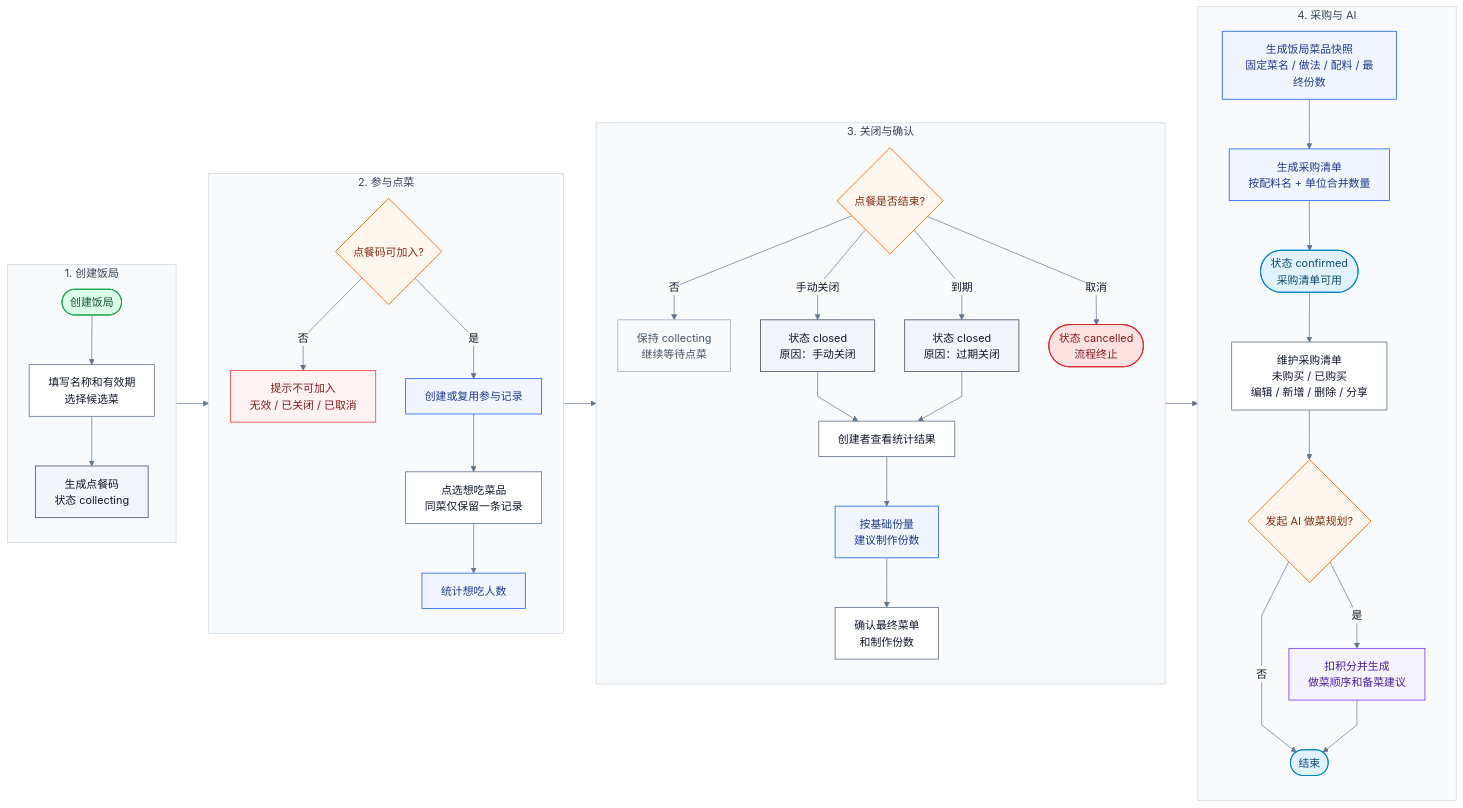
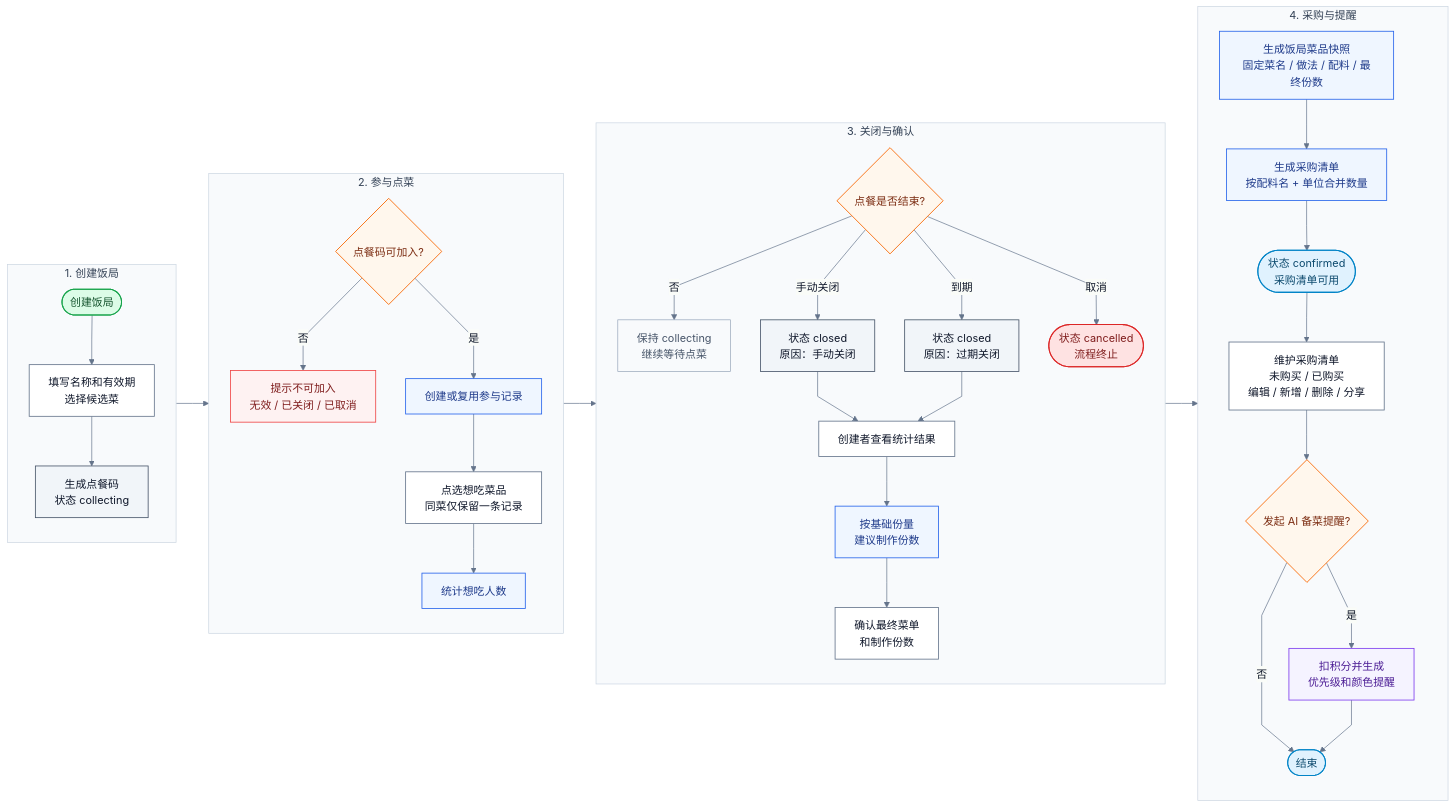
One commit to dyjh/gin-vue-admin changed the diagram in aiDoc/prd/meal-order-to-purchase-flowchart.md. Above: the diagram before and after it, drawn with Mermaid. The commit also changed other lines of this file and 102 other files, not shown here.

````diff
--- a/aiDoc/prd/meal-order-to-purchase-flowchart.md
+++ b/aiDoc/prd/meal-order-to-purchase-flowchart.md
@@ -13,73 +13,73 @@
 ```mermaid
 %%{init: {"theme":"base","themeVariables":{"fontFamily":"Inter, PingFang SC, Microsoft YaHei, sans-serif","primaryColor":"#F8FAFC","primaryTextColor":"#0F172A","primaryBorderColor":"#CBD5E1","lineColor":"#64748B"},"flowchart":{"curve":"linear","nodeSpacing":44,"rankSpacing":48,"padding":14}}}%%
 flowchart LR
     subgraph P1["1. 创建饭局"]
         direction TB
         A([创建饭局]):::start
         B[填写名称和有效期<br/>选择候选菜]:::action
         C[生成点餐码<br/>状态 collecting]:::state
         A --> B --> C
     end
 
     subgraph P2["2. 参与点菜"]
         direction TB
         D{点餐码可加入?}:::decision
         D1[提示不可加入<br/>无效 / 已关闭 / 已取消]:::error
         E[创建或复用参与记录]:::system
         F[点选想吃菜品<br/>同菜仅保留一条记录]:::action
         G[统计想吃人数]:::system
         D -->|否| D1
         D -->|是| E --> F --> G
     end
 
     subgraph P3["3. 关闭与确认"]
         direction TB
         H{点餐是否结束?}:::decision
         H1[保持 collecting<br/>继续等待点菜]:::muted
         I[状态 closed<br/>原因：手动关闭]:::state
         J[状态 closed<br/>原因：过期关闭]:::state
         K([状态 cancelled<br/>流程终止]):::stop
         L[创建者查看统计结果]:::action
         M[按基础份量<br/>建议制作份数]:::system
         N[确认最终菜单<br/>和制作份数]:::action
         H -->|否| H1
         H -->|手动关闭| I --> L
         H -->|到期| J --> L
         H -->|取消| K
         L --> M --> N
     end
 
-    subgraph P4["4. 采购与 AI"]
+    subgraph P4["4. 采购与提醒"]
         direction TB
         O[生成饭局菜品快照<br/>固定菜名 / 做法 / 配料 / 最终份数]:::system
         P[生成采购清单<br/>按配料名 + 单位合并数量]:::system
         Q([状态 confirmed<br/>采购清单可用]):::complete
         R[维护采购清单<br/>未购买 / 已购买<br/>编辑 / 新增 / 删除 / 分享]:::action
-        S{发起 AI 做菜规划?}:::decision
-        T[扣积分并生成<br/>做菜顺序和备菜建议]:::ai
+        S{发起 AI 备菜提醒?}:::decision
+        T[扣积分并生成<br/>优先级和颜色提醒]:::ai
         U([结束]):::complete
         O --> P --> Q --> R --> S
         S -->|否| U
         S -->|是| T --> U
     end
 
     C --> D
     G --> H
     N --> O
 
     style P1 fill:#F8FAFC,stroke:#CBD5E1,stroke-width:1px,color:#334155;
     style P2 fill:#F8FAFC,stroke:#CBD5E1,stroke-width:1px,color:#334155;
     style P3 fill:#F8FAFC,stroke:#CBD5E1,stroke-width:1px,color:#334155;
     style P4 fill:#F8FAFC,stroke:#CBD5E1,stroke-width:1px,color:#334155;
 
     classDef start fill:#DCFCE7,stroke:#16A34A,color:#14532D,stroke-width:1.5px;
     classDef complete fill:#E0F2FE,stroke:#0284C7,color:#0C4A6E,stroke-width:1.5px;
     classDef stop fill:#FEE2E2,stroke:#DC2626,color:#7F1D1D,stroke-width:1.5px;
     classDef action fill:#FFFFFF,stroke:#64748B,color:#0F172A,stroke-width:1.2px;
     classDef system fill:#EFF6FF,stroke:#2563EB,color:#1E3A8A,stroke-width:1.2px;
     classDef decision fill:#FFF7ED,stroke:#F97316,color:#7C2D12,stroke-width:1.4px;
     classDef state fill:#F1F5F9,stroke:#475569,color:#0F172A,stroke-width:1.2px;
     classDef ai fill:#F5F3FF,stroke:#7C3AED,color:#4C1D95,stroke-width:1.2px;
     classDef error fill:#FEF2F2,stroke:#EF4444,color:#7F1D1D,stroke-width:1.2px;
     classDef muted fill:#F8FAFC,stroke:#94A3B8,color:#475569,stroke-width:1px;
 ```
````
